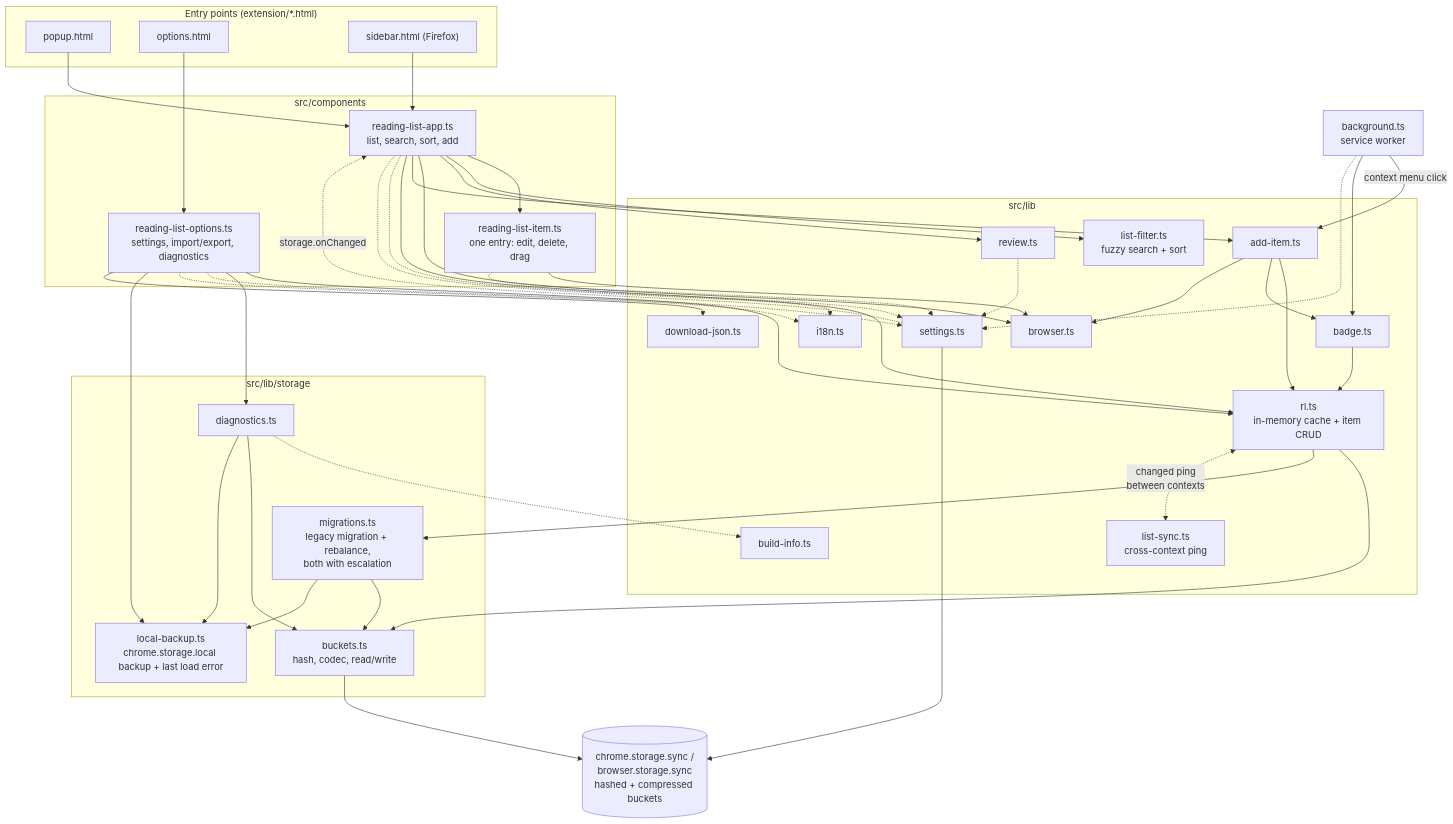
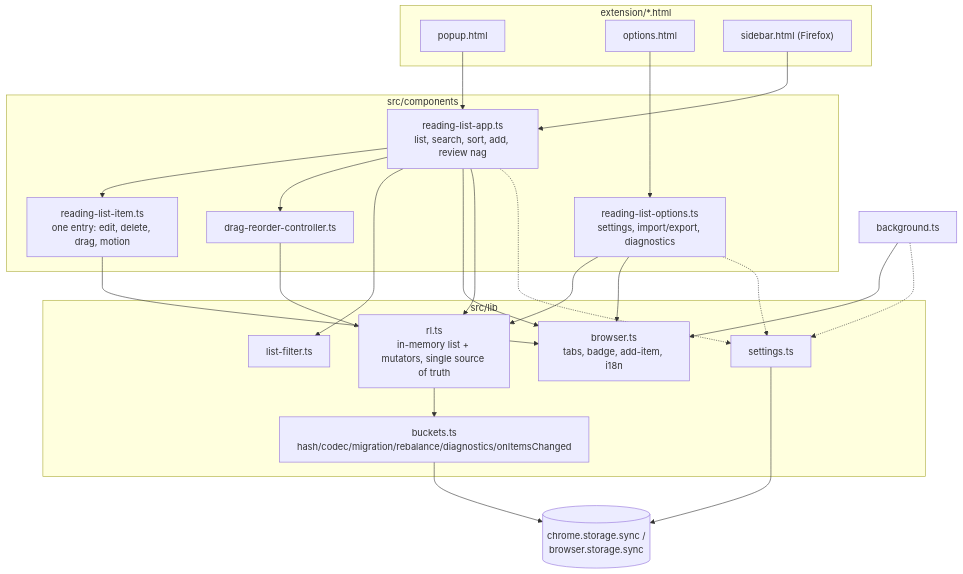
One commit to alexpdraper/reading-list changed the diagram in AGENTS.md. Above: the diagram before and after it, drawn with Mermaid. The commit also changed other lines of this file, not shown here.

````diff
--- a/AGENTS.md
+++ b/AGENTS.md
@@ -11,82 +7,46 @@
 ```mermaid
 graph TD
-    subgraph Entry["Entry points (extension/*.html)"]
+    subgraph Entry["extension/*.html"]
         Popup["popup.html"]
         Options["options.html"]
         Sidebar["sidebar.html (Firefox)"]
     end
 
     subgraph Components["src/components"]
-        App["reading-list-app.ts<br/>list, search, sort, add"]
+        App["reading-list-app.ts<br/>list, search, sort, add, review nag"]
         OptComp["reading-list-options.ts<br/>settings, import/export, diagnostics"]
-        Item["reading-list-item.ts<br/>one entry: edit, delete, drag"]
+        Item["reading-list-item.ts<br/>one entry: edit, delete, drag, motion"]
+        Drag["drag-reorder-controller.ts"]
     end
 
     subgraph Lib["src/lib"]
-        RL["rl.ts<br/>in-memory cache + item CRUD"]
-        AddItem["add-item.ts"]
+        RL["rl.ts<br/>in-memory list + mutators, single source of truth"]
+        Buckets["buckets.ts<br/>hash/codec/migration/rebalance/diagnostics/onItemsChanged"]
         Settings["settings.ts"]
-        ListSync["list-sync.ts<br/>cross-context ping"]
-        Filter["list-filter.ts<br/>fuzzy search + sort"]
-        Badge["badge.ts"]
-        Browser["browser.ts"]
-        Review["review.ts"]
-        I18n["i18n.ts"]
-        BuildInfo["build-info.ts"]
-        DownloadJson["download-json.ts"]
+        Filter["list-filter.ts"]
+        Browser["browser.ts<br/>tabs, badge, add-item, i18n"]
     end
 
-    subgraph StorageLib["src/lib/storage"]
-        Buckets["buckets.ts<br/>hash, codec, read/write"]
-        Migrations["migrations.ts<br/>legacy migration + rebalance,<br/>both with escalation"]
-        Diagnostics["diagnostics.ts"]
-        LocalBackup["local-backup.ts<br/>chrome.storage.local backup + last load error"]
-    end
-
-    BG["background.ts<br/>service worker"]
-    Storage[("chrome.storage.sync /<br/>browser.storage.sync<br/>hashed + compressed buckets")]
+    BG["background.ts"]
+    Storage[("chrome.storage.sync /<br/>browser.storage.sync")]
 
     Popup --> App
     Sidebar --> App
     Options --> OptComp
-
     App --> Item
+    App --> Drag
     App --> Filter
-    App --> Review
     App --> Browser
-    App --> AddItem
     App --> RL
     OptComp --> RL
-    OptComp --> Diagnostics
+    OptComp --> Browser
     Item --> Browser
-
-    BG -- "context menu click" --> AddItem
-    BG --> Badge
-    AddItem --> RL
-    AddItem --> Badge
-    AddItem --> Browser
-    Badge --> RL
-
+    Drag --> RL
+    BG --> Browser
+    BG -.-> Settings
     App -.-> Settings
     OptComp -.-> Settings
-    Item -.-> Settings
-    Review -.-> Settings
-    BG -.-> Settings
-    App -.-> I18n
-    OptComp -.-> I18n
-    Diagnostics -.-> BuildInfo
-
     RL --> Buckets
-    RL --> Migrations
-    Migrations --> Buckets
-    Migrations --> LocalBackup
-    Diagnostics --> Buckets
-    Diagnostics --> LocalBackup
-    OptComp --> LocalBackup
-    OptComp --> DownloadJson
     Buckets --> Storage
     Settings --> Storage
-
-    RL <-. "changed ping<br/>between contexts" .-> ListSync
-    Settings -. "storage.onChanged" .-> App
 ```
````
